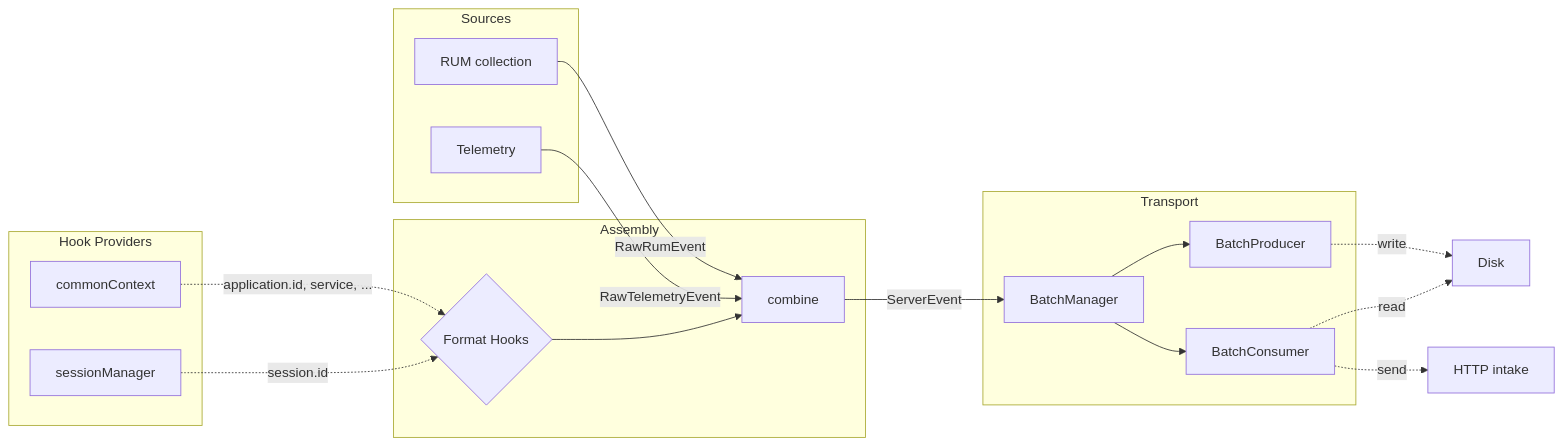
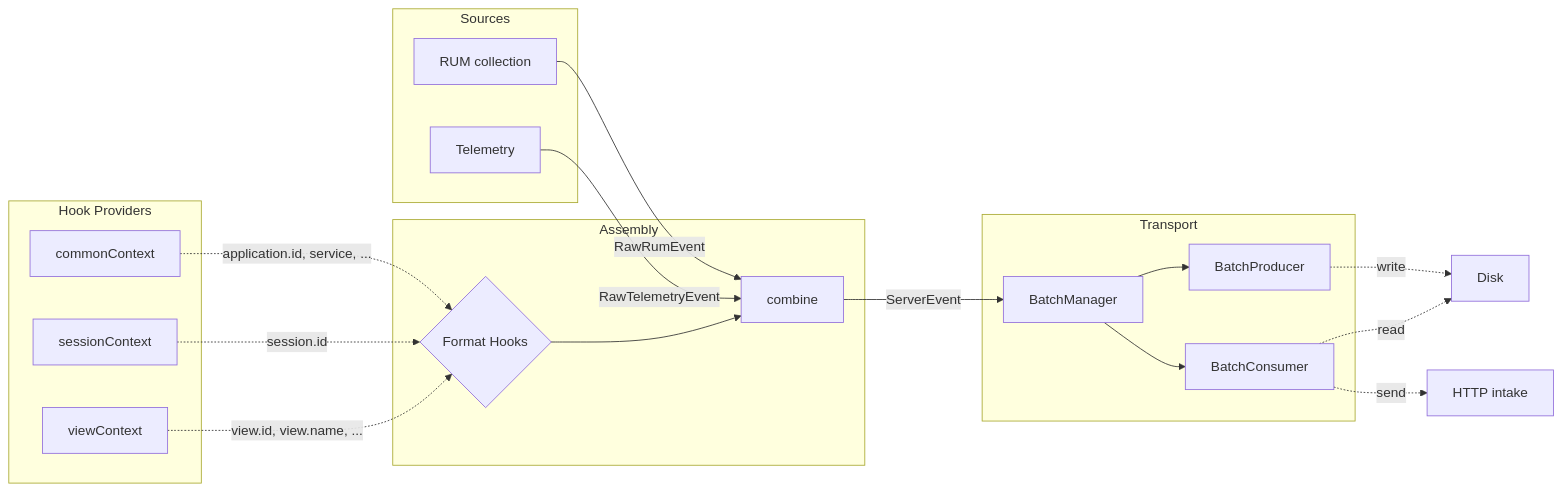
The diagram in docs/ARCHITECTURE.md (DataDog/electron-sdk), drawn with Mermaid before and after one commit.

Commit message:
👌 Update ARCHITECTURE.md to reflect the addition of Session and View contexts

````diff
--- a/docs/ARCHITECTURE.md
+++ b/docs/ARCHITECTURE.md
@@ -7,35 +7,37 @@
 ```mermaid
 flowchart LR
     subgraph Sources
         RUM[RUM collection]
         TEL[Telemetry]
     end
 
     subgraph Assembly
         HOOKS{Format Hooks}
         COMBINE[combine]
     end
 
     subgraph "Hook Providers"
         CC[commonContext]
-        SM[sessionManager]
+        SC[sessionContext]
+        VC[viewContext]
     end
 
     subgraph Transport
         BM[BatchManager]
         BP[BatchProducer]
         BC[BatchConsumer]
     end
 
     RUM -- RawRumEvent --> COMBINE
     TEL -- RawTelemetryEvent --> COMBINE
     CC -. "application.id, service, ..." .-> HOOKS
-    SM -. "session.id" .-> HOOKS
+    SC -. "session.id" .-> HOOKS
+    VC -. "view.id, view.name, ..." .-> HOOKS
     HOOKS --> COMBINE
     COMBINE -- ServerEvent --> BM
     BM --> BP
     BM --> BC
     BP -. "write" .-> DISK[Disk]
     BC -. "read" .-> DISK[Disk]
     BC -. "send" .-> INT[HTTP intake]
 ```
````
